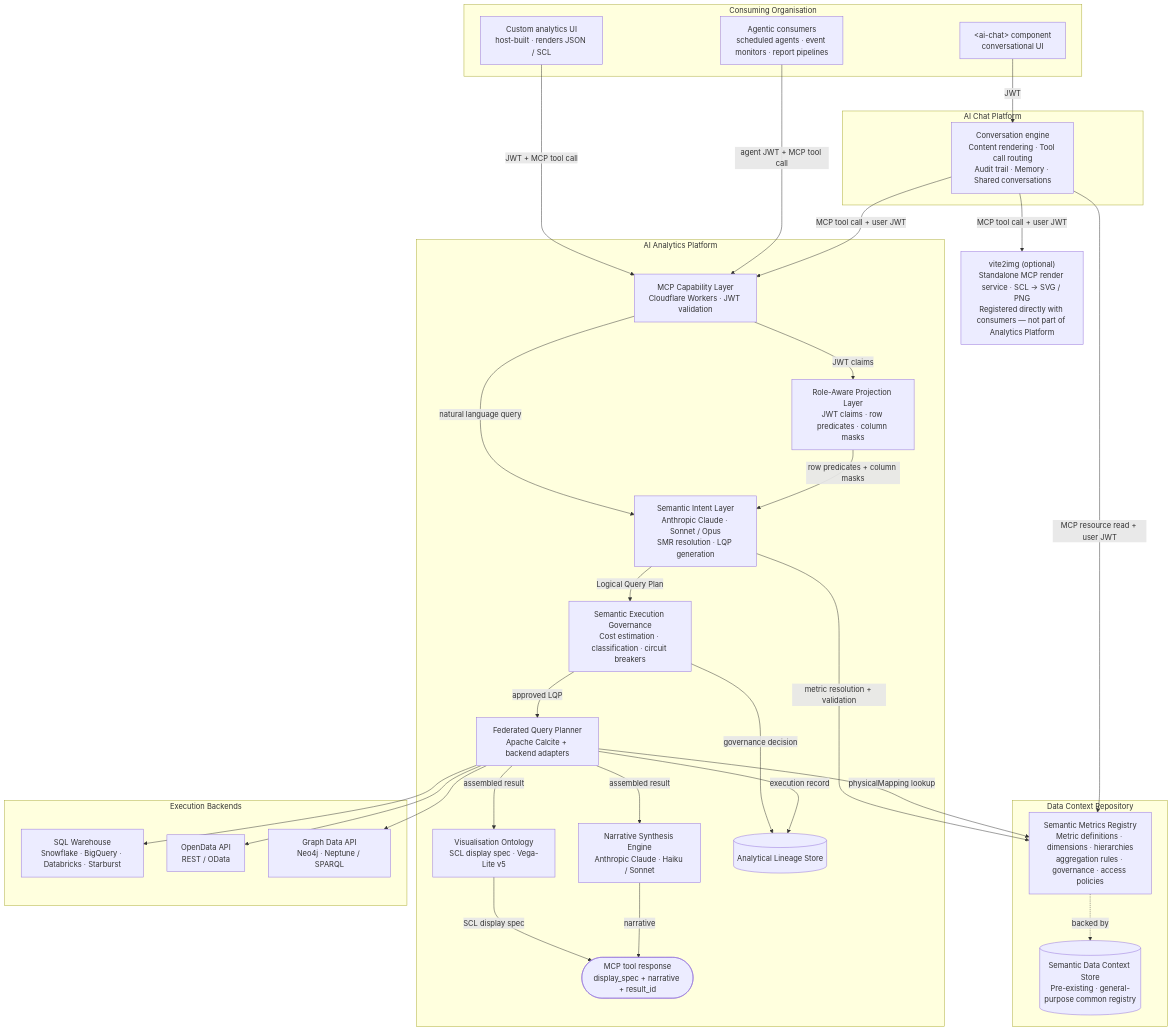
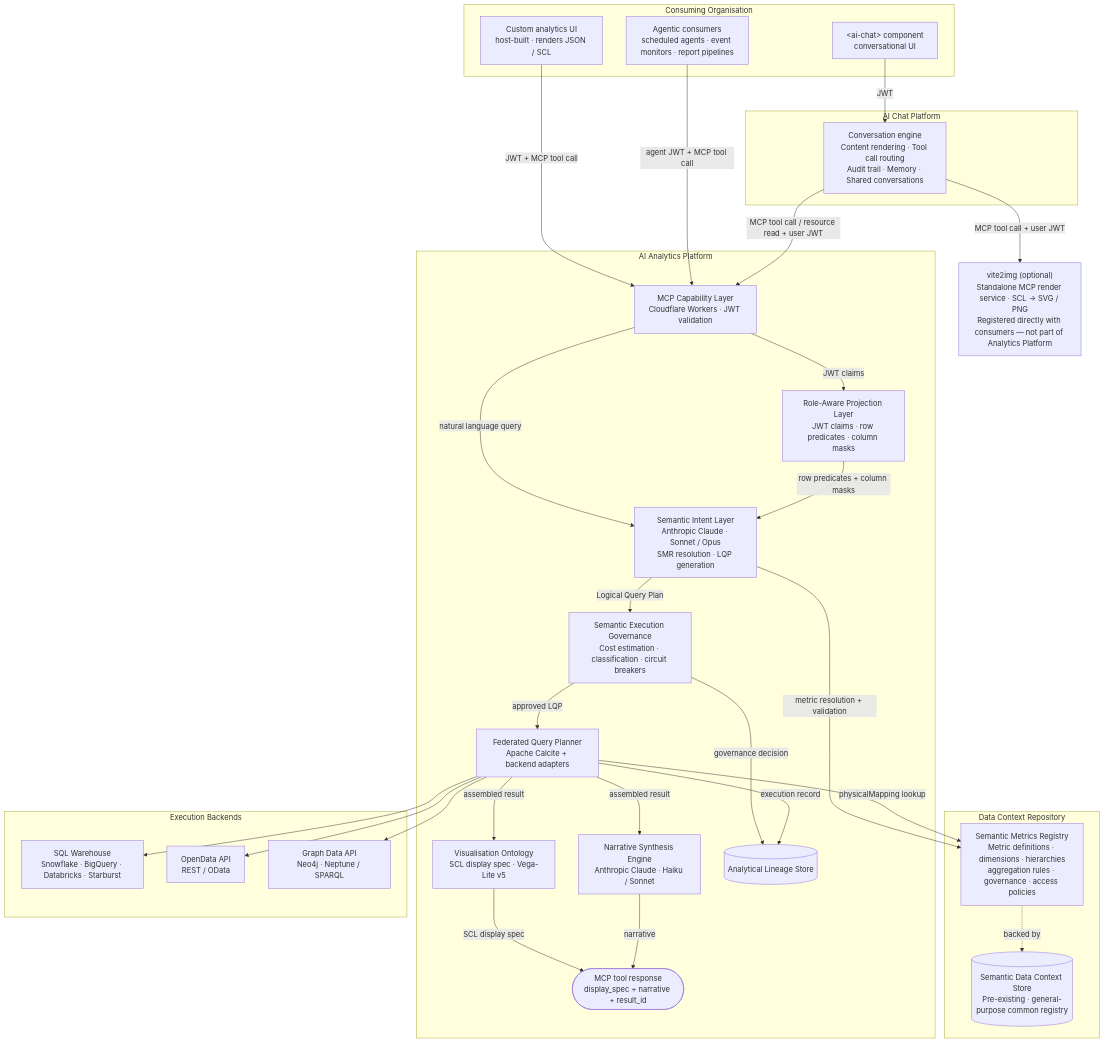
Before and after one commit to M-A-Operating-System/shared-work: the first of 6 diagrams in docs/product/analytics/03-core-capabilities.md, drawn with Mermaid. The commit also changed other lines of this file, not shown here.

First line of the commit message:
Correct architecture: Analytics Platform is a single MCP server

````diff
--- a/docs/product/analytics/03-core-capabilities.md
+++ b/docs/product/analytics/03-core-capabilities.md
@@ -11,59 +11,58 @@
 ```mermaid
 flowchart TD
     subgraph org["Consuming Organisation"]
         ChatComp["&lt;ai-chat&gt; component\nconversational UI"]
         CustomUI["Custom analytics UI\nhost-built · renders JSON / SCL"]
         Agents["Agentic consumers\nscheduled agents · event monitors · report pipelines"]
     end
 
     subgraph aichat["AI Chat Platform"]
         ChatEngine["Conversation engine\nContent rendering · Tool call routing\nAudit trail · Memory · Shared conversations"]
     end
 
     subgraph analytics["AI Analytics Platform"]
         MCP["MCP Capability Layer\nCloudflare Workers · JWT validation"]
         SIL["Semantic Intent Layer\nAnthropic Claude · Sonnet / Opus\nSMR resolution · LQP generation"]
         RAPL["Role-Aware Projection Layer\nJWT claims · row predicates · column masks"]
         SEG["Semantic Execution Governance\nCost estimation · classification · circuit breakers"]
         FQP["Federated Query Planner\nApache Calcite + backend adapters"]
         VO["Visualisation Ontology\nSCL display spec · Vega-Lite v5"]
         NSE["Narrative Synthesis Engine\nAnthropic Claude · Haiku / Sonnet"]
         LS[("Analytical Lineage Store")]
         Result(["MCP tool response\ndisplay_spec + narrative + result_id"])
     end
 
     vite2img["vite2img (optional)\nStandalone MCP render service · SCL → SVG / PNG\nRegistered directly with consumers — not part of Analytics Platform"]
 
     subgraph dcr["Data Context Repository"]
         SMR["Semantic Metrics Registry\nMetric definitions · dimensions · hierarchies\naggregation rules · governance · access policies"]
         DCS[("Semantic Data Context Store\nPre-existing · general-purpose common registry")]
         SMR -. backed by .-> DCS
     end
 
     subgraph backends["Execution Backends"]
         SQL["SQL Warehouse\nSnowflake · BigQuery · Databricks · Starburst"]
         ODA["OpenData API\nREST / OData"]
         GDA["Graph Data API\nNeo4j · Neptune / SPARQL"]
     end
 
     ChatComp -->|"JWT"| ChatEngine
     CustomUI -->|"JWT + MCP tool call"| MCP
     Agents -->|"agent JWT + MCP tool call"| MCP
-    ChatEngine -->|"MCP tool call + user JWT"| MCP
-    ChatEngine -->|"MCP resource read + user JWT"| SMR
+    ChatEngine -->|"MCP tool call / resource read + user JWT"| MCP
     ChatEngine -->|"MCP tool call + user JWT"| vite2img
     MCP -->|"natural language query"| SIL
     MCP -->|"JWT claims"| RAPL
     RAPL -->|"row predicates + column masks"| SIL
     SIL -->|"metric resolution + validation"| SMR
     SIL -->|"Logical Query Plan"| SEG
     SEG -->|"approved LQP"| FQP
     SEG -->|"governance decision"| LS
     FQP -->|"physicalMapping lookup"| SMR
     FQP --> SQL & ODA & GDA
     FQP -->|"execution record"| LS
     FQP -->|"assembled result"| VO
     FQP -->|"assembled result"| NSE
     VO -->|"SCL display spec"| Result
     NSE -->|"narrative"| Result
 ```
````
